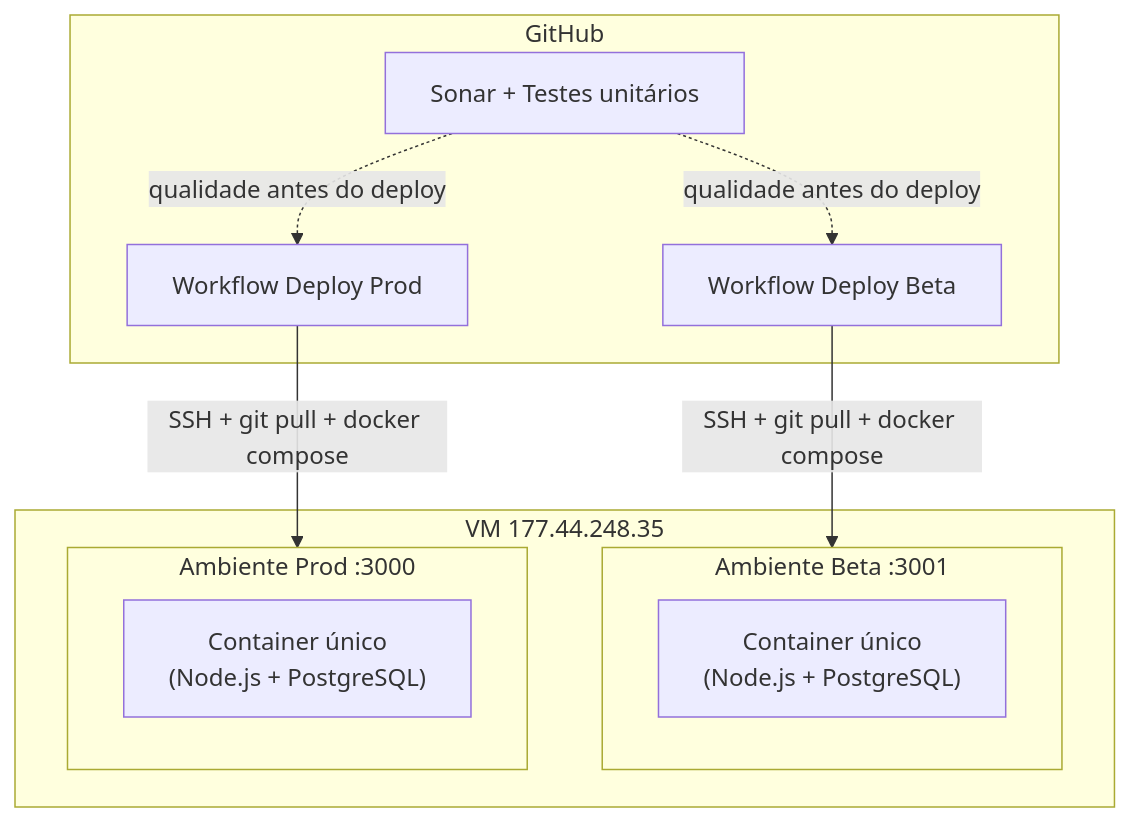
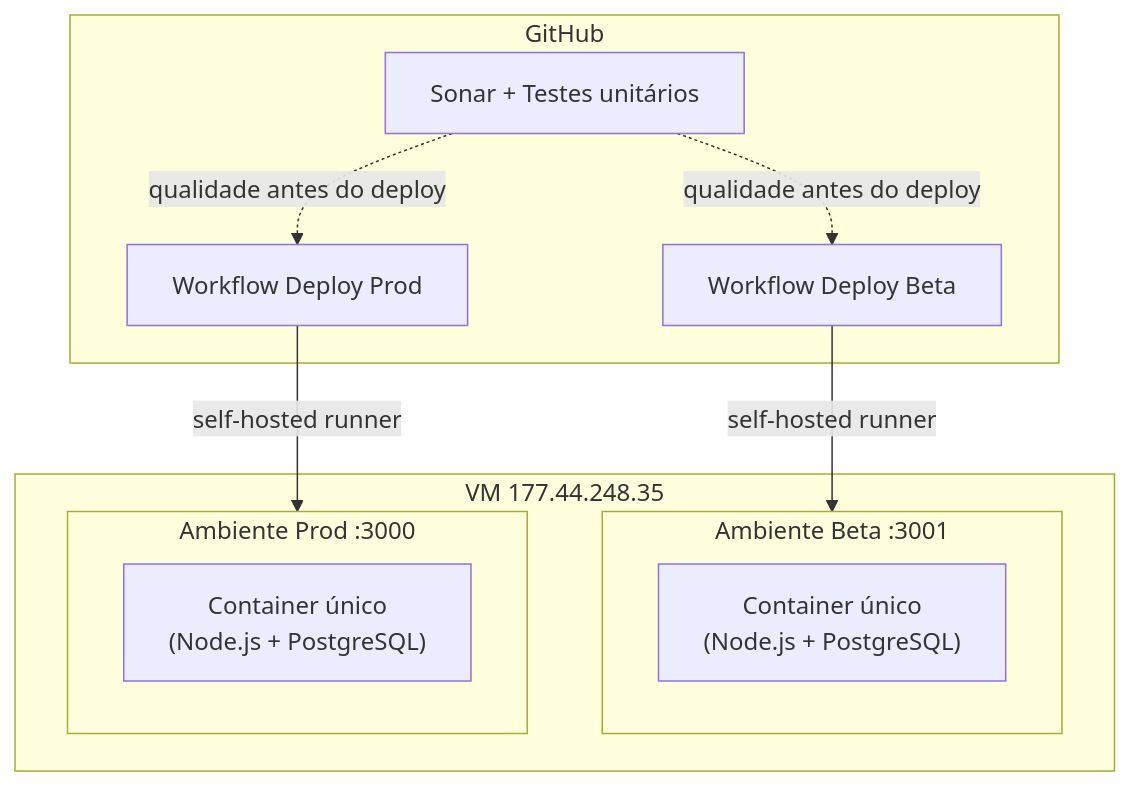
One commit to KelliGutterres/ReceitasGC changed the first of 3 diagrams in docs/PIPELINE-DEPLOY.md. Above: the diagram before and after it, drawn with Mermaid. The commit also changed other lines of this file and 4 other files, not shown here.

Commit message:
feat: deploy via self-hosted runner

````diff
--- a/docs/PIPELINE-DEPLOY.md
+++ b/docs/PIPELINE-DEPLOY.md
@@ -25,22 +25,22 @@
 ```mermaid
 flowchart TB
   subgraph GitHub
     CI[Sonar + Testes unitários]
     WB[Workflow Deploy Beta]
     WP[Workflow Deploy Prod]
   end
 
   subgraph VM["VM 177.44.248.35"]
     subgraph Beta["Ambiente Beta :3001"]
       BBox["Container único\n(Node.js + PostgreSQL)"]
     end
     subgraph Prod["Ambiente Prod :3000"]
       PBox["Container único\n(Node.js + PostgreSQL)"]
     end
   end
 
   CI -.->|qualidade antes do deploy| WB
   CI -.->|qualidade antes do deploy| WP
-  WB -->|SSH + git pull + docker compose| Beta
-  WP -->|SSH + git pull + docker compose| Prod
+  WB -->|self-hosted runner| Beta
+  WP -->|self-hosted runner| Prod
 ```
````
